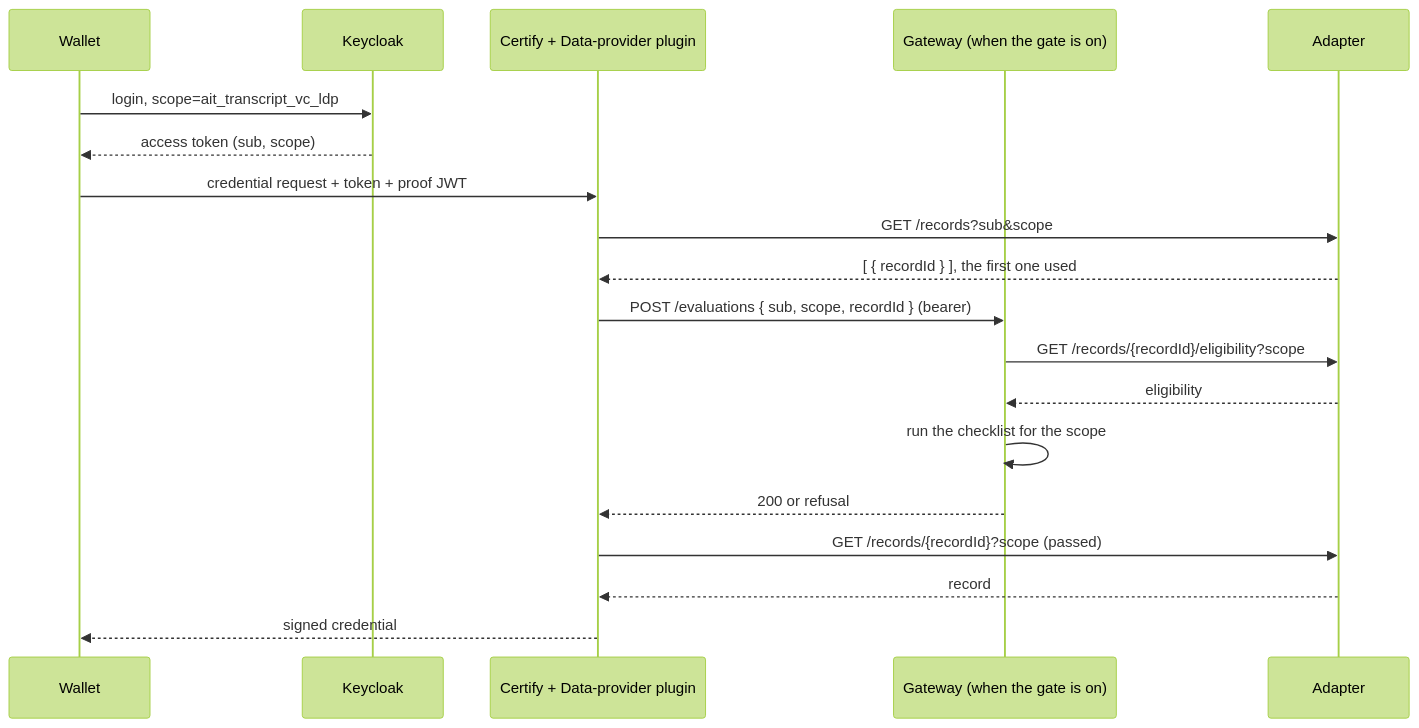
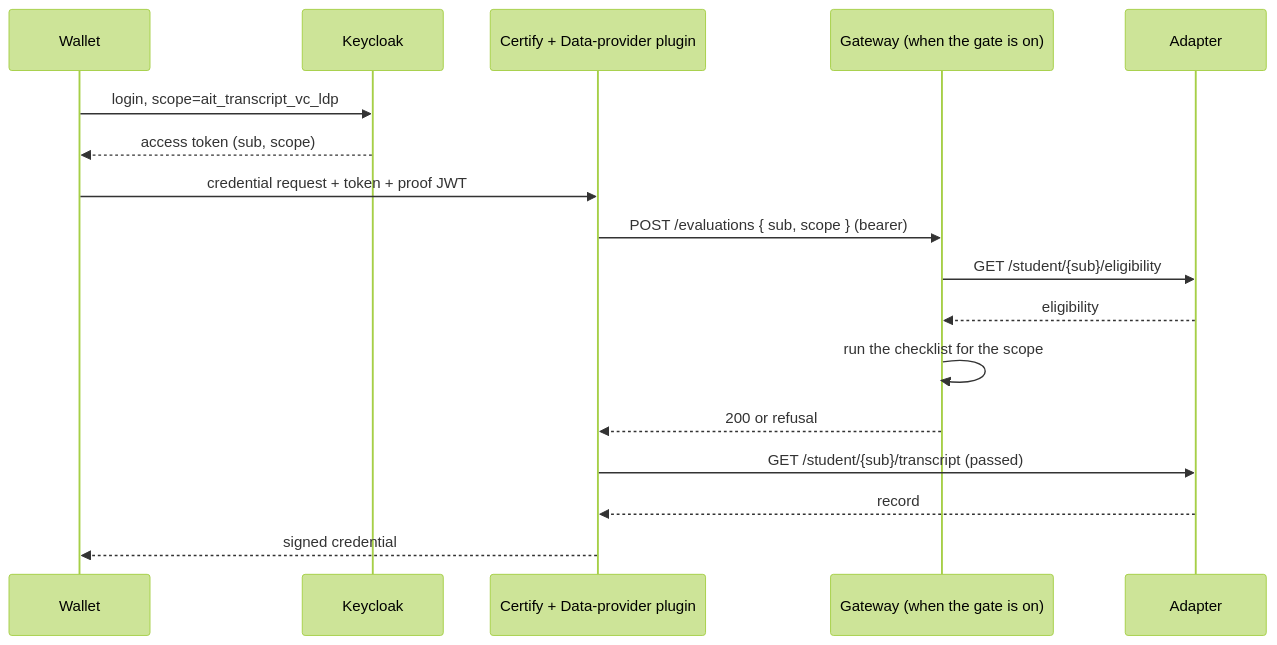
One commit to mosip-asia/ait-transcript changed the diagram in wiki/concepts/credential-request.md. Above: the diagram before and after it, drawn with Mermaid (forest theme). The commit also changed other lines of this file and 7 other files, not shown here.

````diff
--- a/wiki/concepts/credential-request.md
+++ b/wiki/concepts/credential-request.md
@@ -53,21 +53,19 @@
 ```mermaid
 sequenceDiagram
     participant W as Wallet
     participant K as Keycloak
     participant C as Certify + Data-provider plugin
     participant G as Gateway (when the gate is on)
     participant A as Adapter
     W->>K: login, scope=ait_transcript_vc_ldp
     K-->>W: access token (sub, scope)
     W->>C: credential request + token + proof JWT
-    C->>A: GET /records?sub&scope
-    A-->>C: [ { recordId } ], the first one used
-    C->>G: POST /evaluations { sub, scope, recordId } (bearer)
-    G->>A: GET /records/{recordId}/eligibility?scope
+    C->>G: POST /evaluations { sub, scope } (bearer)
+    G->>A: GET /student/{sub}/eligibility
     A-->>G: eligibility
     G->>G: run the checklist for the scope
     G-->>C: 200 or refusal
-    C->>A: GET /records/{recordId}?scope (passed)
+    C->>A: GET /student/{sub}/transcript (passed)
     A-->>C: record
     C-->>W: signed credential
 ```
````
